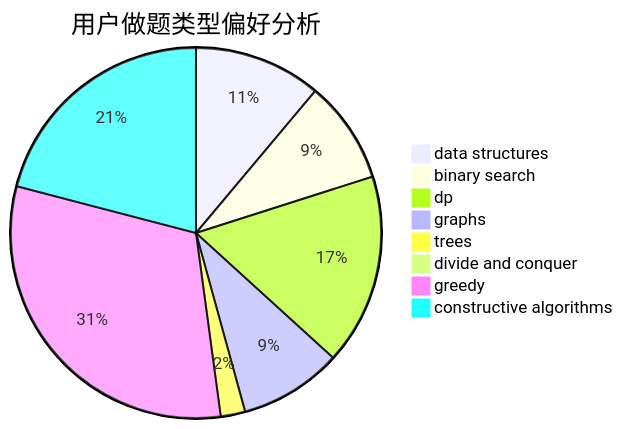
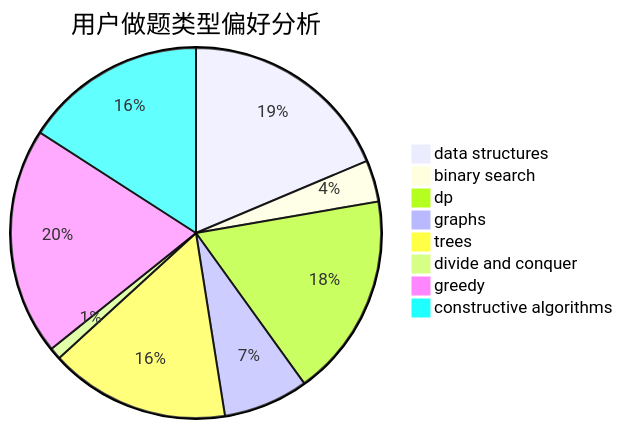
Before and after one commit to sherpahu/cfrs.github.io: the second of 3 diagrams in docs/user/u979.md, drawn with Mermaid. The commit also changed other lines of this file and 2770 other files, not shown here.

````diff
--- a/docs/user/u979.md
+++ b/docs/user/u979.md
@@ -23,11 +23,11 @@
 ```mermaid
 pie title 用户做题类型偏好分析
-    "data structures" :  26
+    "data structures" :  108
     "binary search" :  21
-    "dp" :  39
-    "graphs" :  21
-    "trees" :  5
-    "divide and conquer" :  2
-    "greedy" :  73
-    "constructive algorithms" :  49
+    "dp" :  103
+    "graphs" :  43
+    "trees" :  91
+    "divide and conquer" :  6
+    "greedy" :  115
+    "constructive algorithms" :  92
 ```
````
